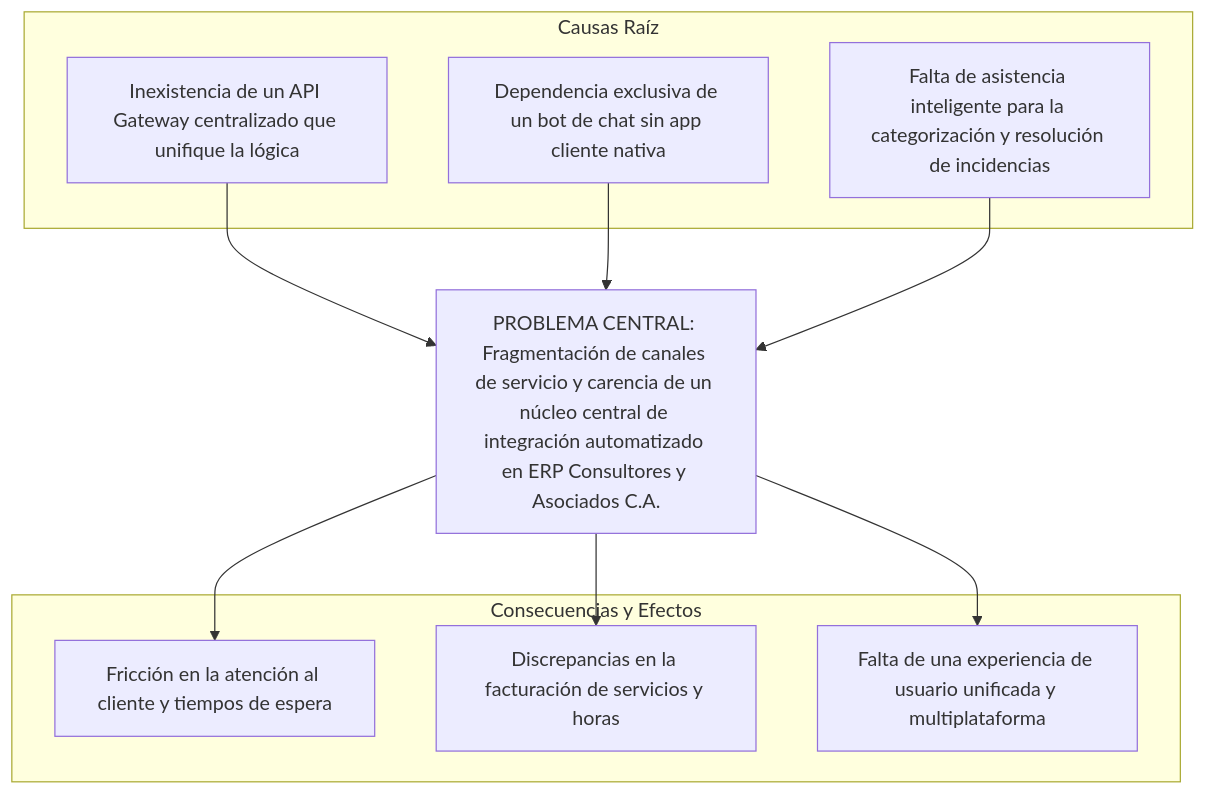
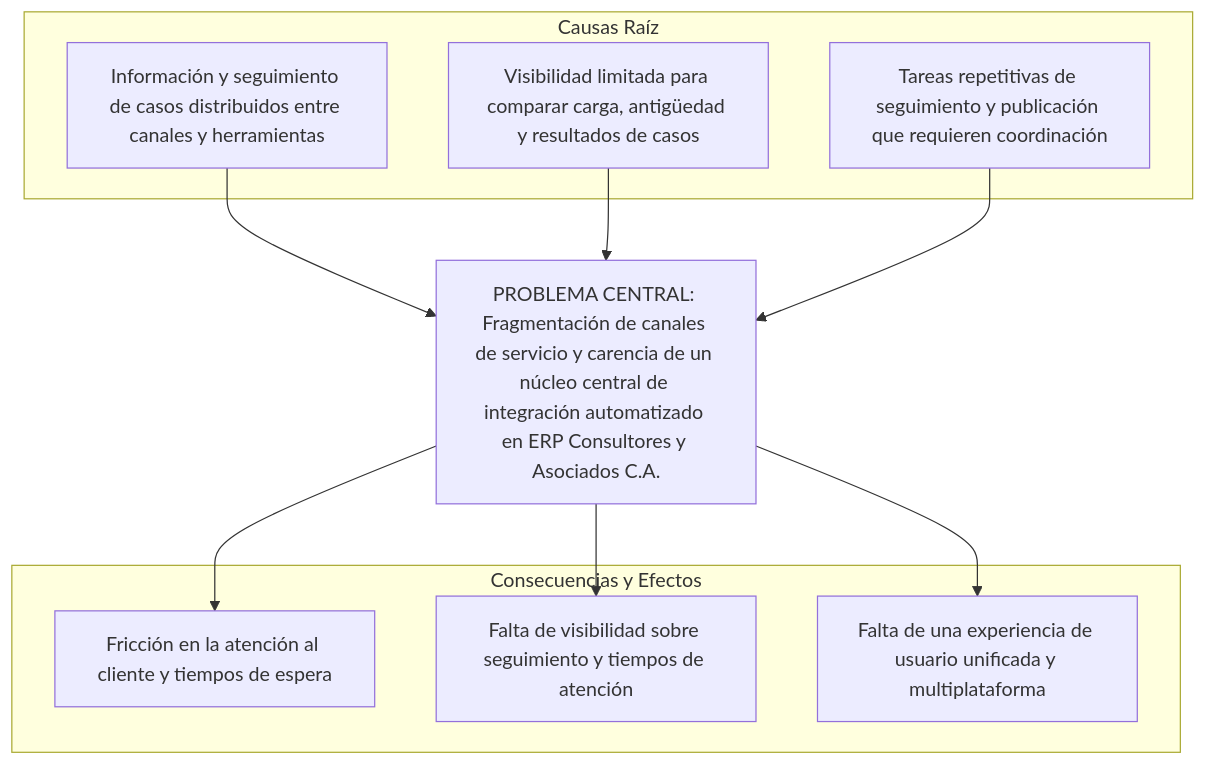
The fourth of 13 diagrams in docs/proyectos/pst-4-arquitectura.md (jesusalbujas/CONTROL-PST), drawn with Mermaid before and after one commit. The commit also changed other lines of this file and 9 other files, not shown here.

````diff
--- a/docs/proyectos/pst-4-arquitectura.md
+++ b/docs/proyectos/pst-4-arquitectura.md
@@ -186,23 +171,23 @@
 ```mermaid
 graph TD
     subgraph sub_Consecuencias_y_Efectos ["Consecuencias y Efectos"]
         E1["Fricción en la atención al cliente y tiempos de espera"]
-        E2["Discrepancias en la facturación de servicios y horas"]
+        E2["Falta de visibilidad sobre seguimiento y tiempos de atención"]
         E3["Falta de una experiencia de usuario unificada y multiplataforma"]
     end
 
     P["PROBLEMA CENTRAL: Fragmentación de canales de servicio y carencia de un núcleo central de integración automatizado en ERP Consultores y Asociados C.A."]
 
     subgraph sub_Causas_Ra_z ["Causas Raíz"]
-        C1["Inexistencia de un API Gateway centralizado que unifique la lógica"]
-        C2["Dependencia exclusiva de un bot de chat sin app cliente nativa"]
-        C3["Falta de asistencia inteligente para la categorización y resolución de incidencias"]
+        C1["Información y seguimiento de casos distribuidos entre canales y herramientas"]
+        C2["Visibilidad limitada para comparar carga, antigüedad y resultados de casos"]
+        C3["Tareas repetitivas de seguimiento y publicación que requieren coordinación"]
     end
 
     C1 --> P
     C2 --> P
     C3 --> P
     P --> E1
     P --> E2
     P --> E3
 ```
````
